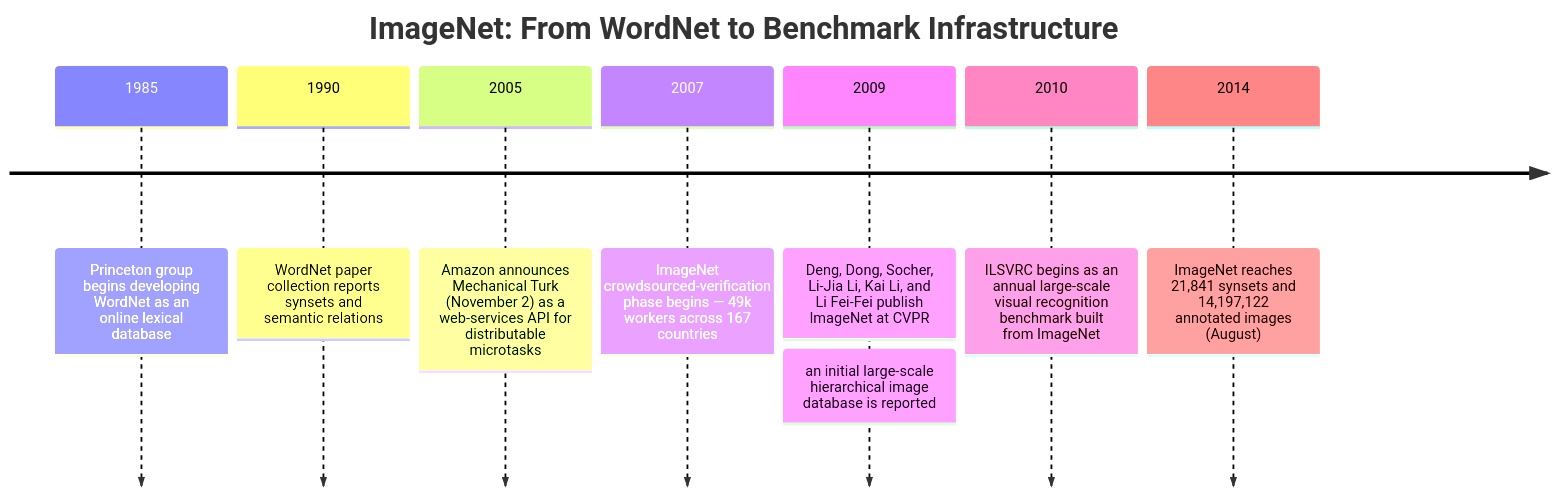
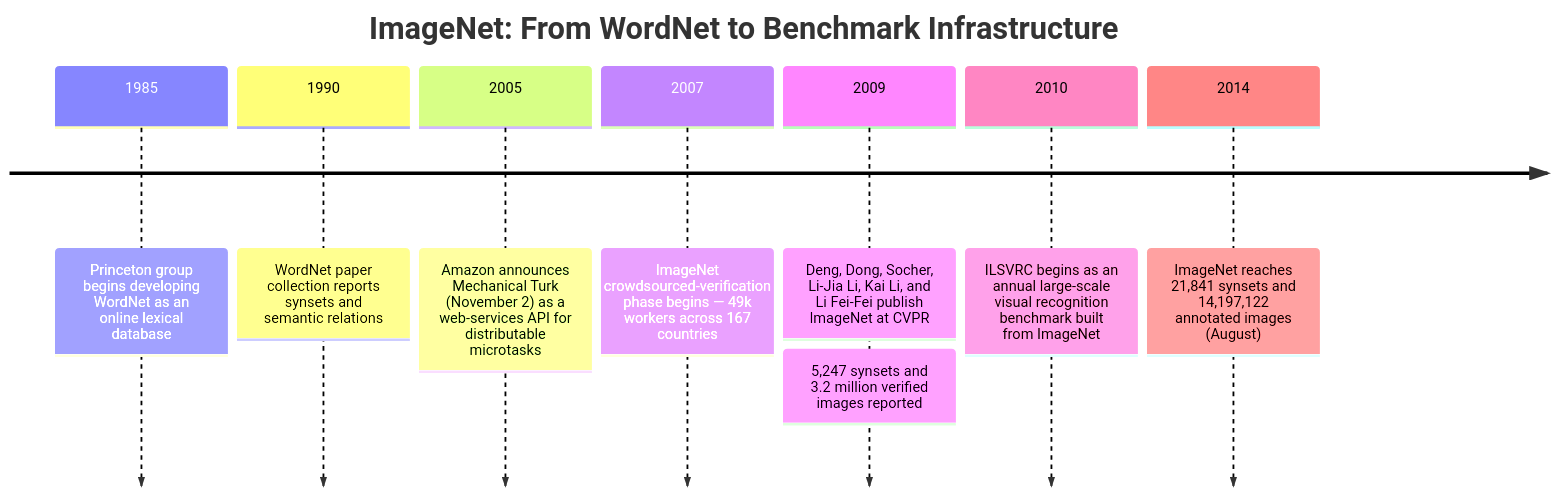
Before and after one commit to krisztiankoos/kubedojo: the diagram in src/content/docs/ai-history/ch-40-data-becomes-infrastructure.md, drawn with Mermaid. The commit also changed other lines of this file and 1 other file, not shown here.

````diff
--- a/src/content/docs/ai-history/ch-40-data-becomes-infrastructure.md
+++ b/src/content/docs/ai-history/ch-40-data-becomes-infrastructure.md
@@ -29,11 +29,11 @@
 ```mermaid
 timeline
     title ImageNet: From WordNet to Benchmark Infrastructure
     1985 : Princeton group begins developing WordNet as an online lexical database
     1990 : WordNet paper collection reports synsets and semantic relations
     2005 : Amazon announces Mechanical Turk (November 2) as a web-services API for distributable microtasks
     2007 : ImageNet crowdsourced-verification phase begins — 49k workers across 167 countries
-    2009 : Deng, Dong, Socher, Li-Jia Li, Kai Li, and Li Fei-Fei publish ImageNet at CVPR : an initial large-scale hierarchical image database is reported
+    2009 : Deng, Dong, Socher, Li-Jia Li, Kai Li, and Li Fei-Fei publish ImageNet at CVPR : 5,247 synsets and 3.2 million verified images reported
     2010 : ILSVRC begins as an annual large-scale visual recognition benchmark built from ImageNet
     2014 : ImageNet reaches 21,841 synsets and 14,197,122 annotated images (August)
 ```
````
